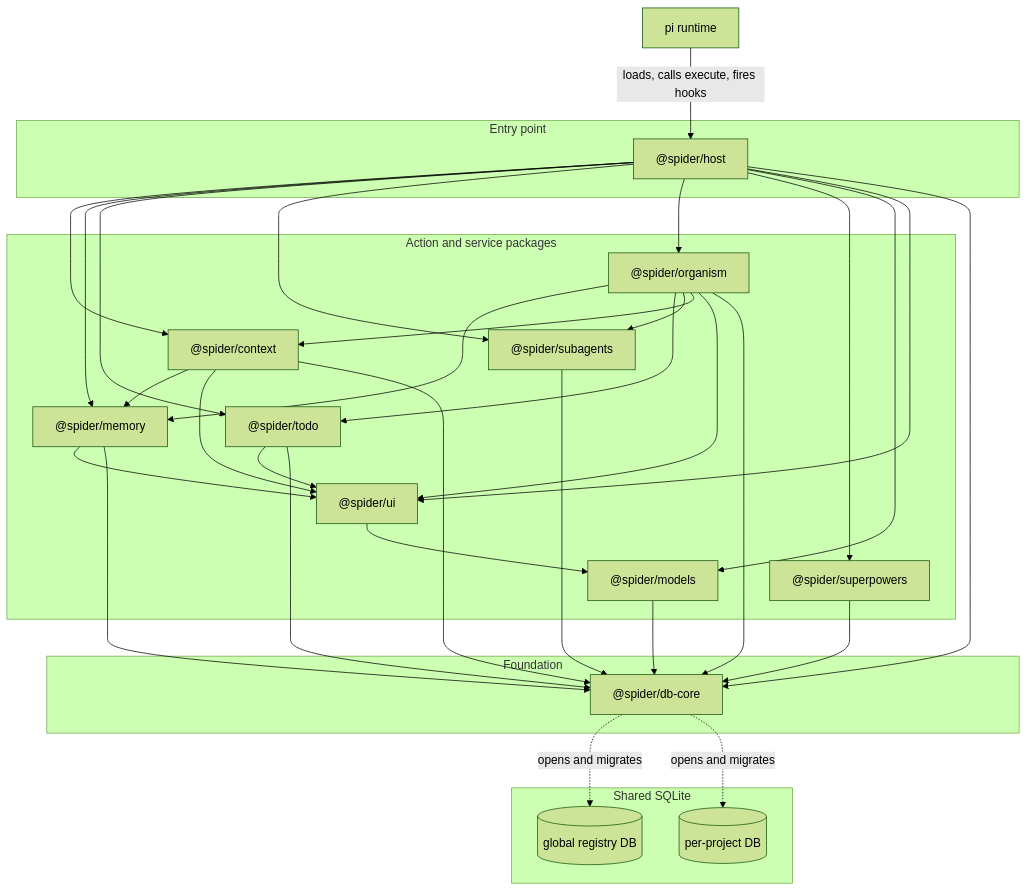
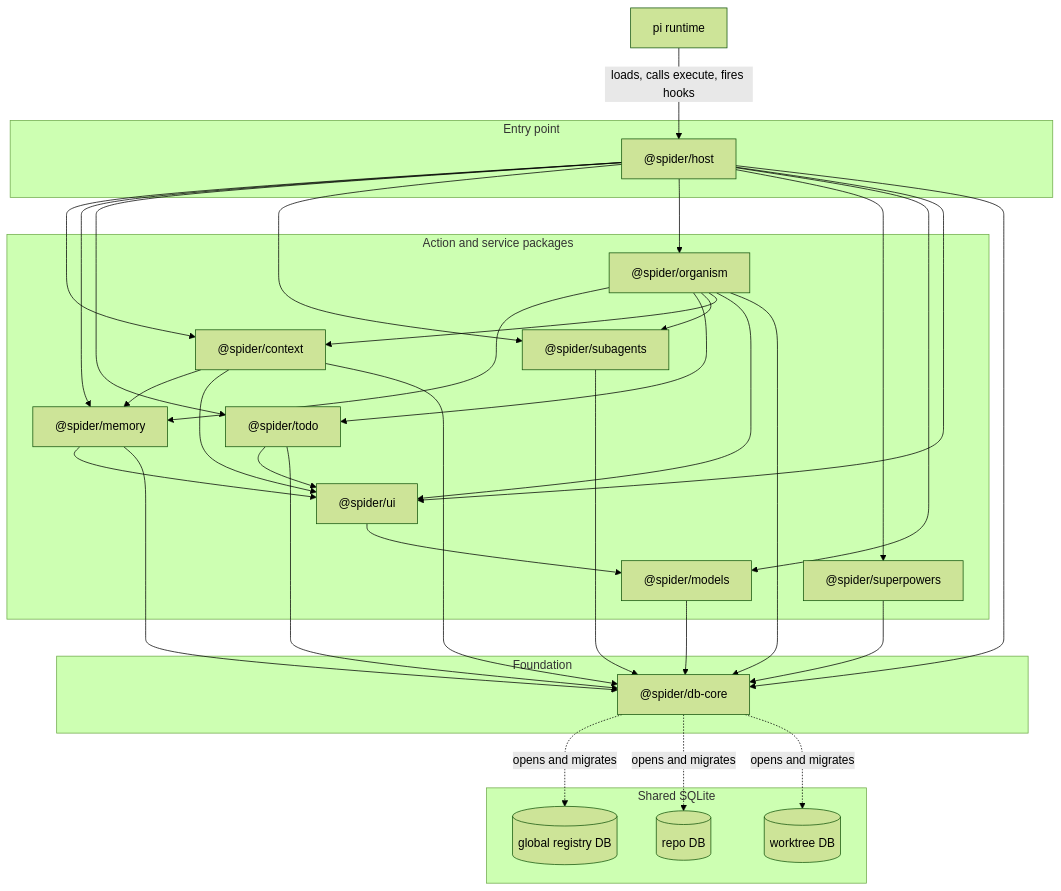
The first of 2 diagrams in docs/architecture/README.md (guru-irl/spider), drawn with Mermaid (forest theme) before and after one commit. The commit also changed other lines of this file and 133 other files, not shown here.

````diff
--- a/docs/architecture/README.md
+++ b/docs/architecture/README.md
@@ -98,63 +98,65 @@
 ```mermaid
 flowchart TB
   pi["pi runtime"]
 
   subgraph entry["Entry point"]
     host["@spider/host"]
   end
 
   subgraph svc["Action and service packages"]
     context["@spider/context"]
     memory["@spider/memory"]
     todo["@spider/todo"]
     subagents["@spider/subagents"]
     organism["@spider/organism"]
     superpowers["@spider/superpowers"]
     models["@spider/models"]
     ui["@spider/ui"]
   end
 
   subgraph found["Foundation"]
     dbcore["@spider/db-core"]
   end
 
   subgraph stores["Shared SQLite"]
     gdb[("global registry DB")]
-    pdb[("per-project DB")]
+    rdb[("repo DB")]
+    wdb[("worktree DB")]
   end
 
   pi -->|loads, calls execute, fires hooks| host
 
   host --> context
   host --> memory
   host --> todo
   host --> subagents
   host --> organism
   host --> superpowers
   host --> models
   host --> ui
   host --> dbcore
 
   organism --> memory
   organism --> todo
   organism --> subagents
   organism --> context
   organism --> ui
   organism --> dbcore
 
   context --> memory
   context --> ui
   context --> dbcore
 
   memory --> ui
   memory --> dbcore
   todo --> ui
   todo --> dbcore
   subagents --> dbcore
   superpowers --> dbcore
   models --> dbcore
   ui --> models
 
   dbcore -. opens and migrates .-> gdb
-  dbcore -. opens and migrates .-> pdb
+  dbcore -. opens and migrates .-> rdb
+  dbcore -. opens and migrates .-> wdb
 ```
````
